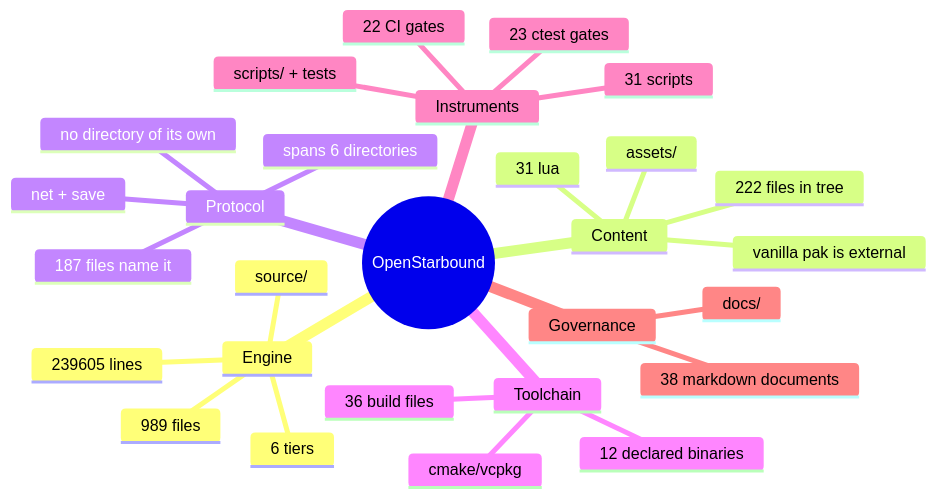
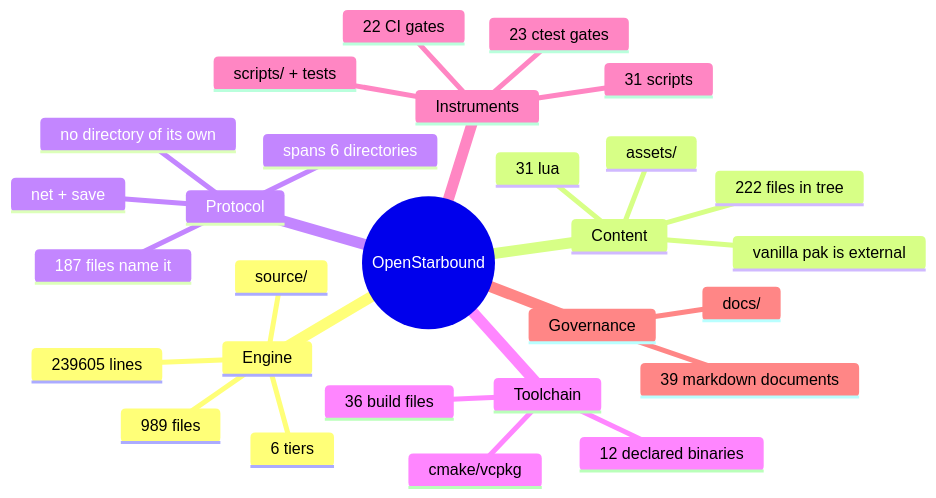
Before and after one commit to apnex/OpenStarbound: the second of 11 diagrams in docs/architecture/system-boundaries.md, drawn with Mermaid. The commit also changed 2 other files, not shown here.

````diff
--- a/docs/architecture/system-boundaries.md
+++ b/docs/architecture/system-boundaries.md
@@ -166,31 +166,31 @@
 ```mermaid
 mindmap
   root((OpenStarbound))
     Engine
       source/
       989 files
       239605 lines
       6 tiers
     Content
       assets/
       222 files in tree
       31 lua
       vanilla pak is external
     Protocol
       net + save
       187 files name it
       spans 6 directories
       no directory of its own
     Toolchain
       cmake/vcpkg
       36 build files
       12 declared binaries
     Instruments
       scripts/ + tests
       31 scripts
       23 ctest gates
       22 CI gates
     Governance
       docs/
-      38 markdown documents
+      39 markdown documents
 ```
````
